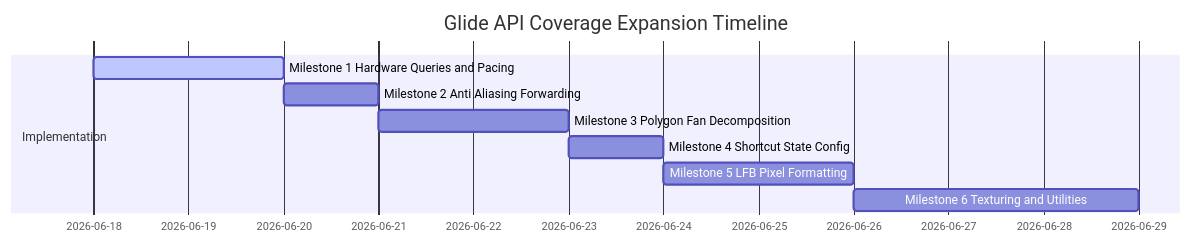
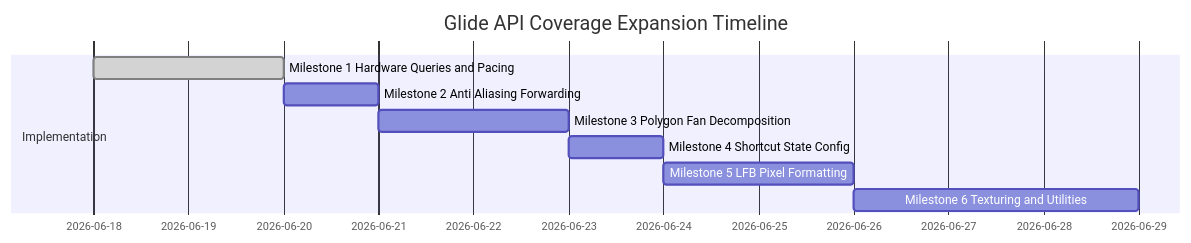
Before and after one commit to eugenenuke/glide-ng: the diagram in docs/glide_coverage_roadmap.md, drawn with Mermaid. The commit also changed 2 other files, not shown here.

Commit message:
Implement Milestone 1: Hardware Queries & Pacing. Add dynamic query APIs, high-fidelity scanline/retrace simulation, and comprehensive multi-resolution Catch2 matrix tests.

````diff
--- a/docs/glide_coverage_roadmap.md
+++ b/docs/glide_coverage_roadmap.md
@@ -20,12 +20,12 @@
 ```mermaid
 gantt
     title Glide API Coverage Expansion Timeline
     dateFormat  YYYY-MM-DD
     section Implementation
-    Milestone 1 Hardware Queries and Pacing     :active, m1, 2026-06-18, 2d
+    Milestone 1 Hardware Queries and Pacing     :done, m1, 2026-06-18, 2d
     Milestone 2 Anti Aliasing Forwarding        :        m2, after m1, 1d
     Milestone 3 Polygon Fan Decomposition       :        m3, after m2, 2d
     Milestone 4 Shortcut State Config           :        m4, after m3, 1d
     Milestone 5 LFB Pixel Formatting            :        m5, after m4, 2d
     Milestone 6 Texturing and Utilities         :        m6, after m5, 3d
 ```
````
